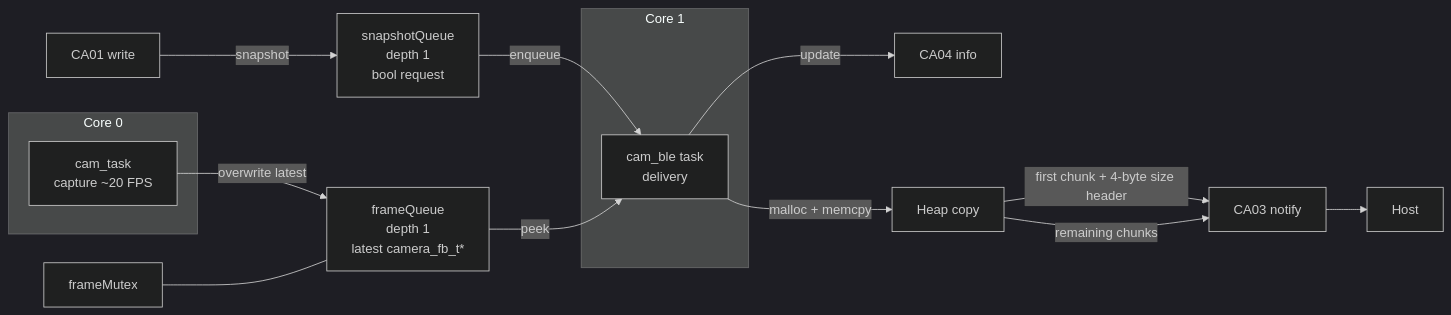
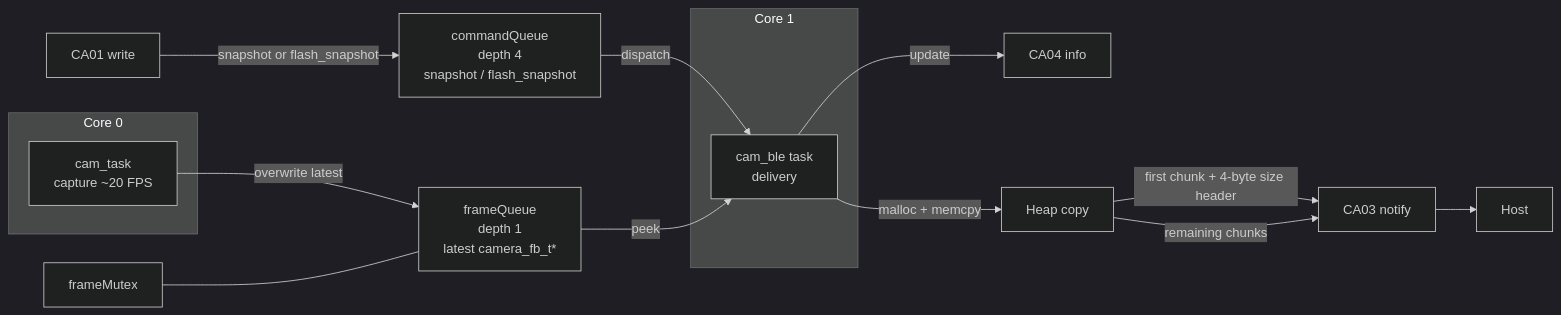
Before and after one commit to myndfire/Robotics: the sixth of 10 diagrams in firmware/ARCHITECTURE.md, drawn with Mermaid (dark theme). The commit also changed other lines of this file and 36 other files, not shown here.

````diff
--- a/firmware/ARCHITECTURE.md
+++ b/firmware/ARCHITECTURE.md
@@ -373,30 +376,30 @@
 ```mermaid
 flowchart LR
     subgraph Core0["Core 0"]
         CT["cam_task<br/>capture ~20 FPS"]
     end
 
     subgraph Core1["Core 1"]
         BT["cam_ble task<br/>delivery"]
     end
 
     FQ["frameQueue<br/>depth 1<br/>latest camera_fb_t*"]
-    SQ["snapshotQueue<br/>depth 1<br/>bool request"]
+    SQ["commandQueue<br/>depth 4<br/>snapshot / flash_snapshot"]
     MUT["frameMutex"]
     HOST["Host"]
     CA01["CA01 write"]
     CA03["CA03 notify"]
     CA04["CA04 info"]
     HEAP["Heap copy"]
 
-    CA01 -->|"snapshot"| SQ
-    SQ -->|"enqueue"| BT
+    CA01 -->|"snapshot or flash_snapshot"| SQ
+    SQ -->|"dispatch"| BT
     CT -->|"overwrite latest"| FQ
     MUT --- FQ
     FQ -->|"peek"| BT
     BT -->|"malloc + memcpy"| HEAP
     HEAP -->|"first chunk + 4-byte size header"| CA03
     HEAP -->|"remaining chunks"| CA03
     CA03 --> HOST
     BT -->|"update"| CA04
 ```
````
